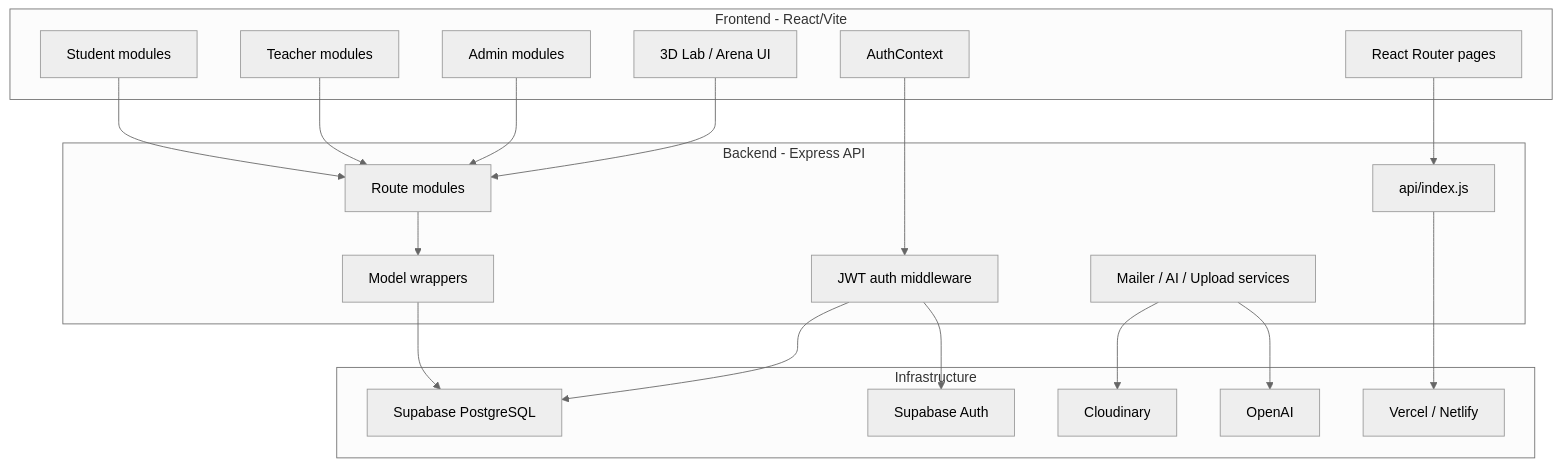
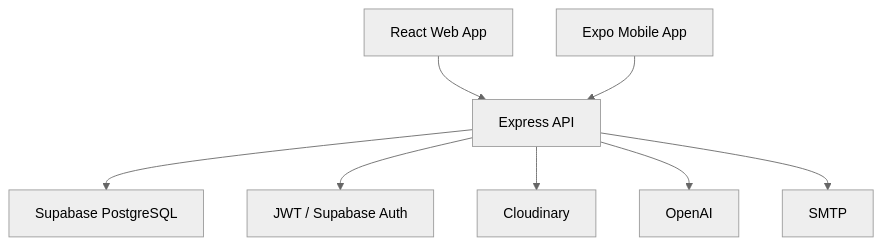
The diagram in README.md (rwegww/AURUM), drawn with Mermaid (neutral theme) before and after one commit. The commit also changed other lines of this file and 260 other files, not shown here.

Commit message:
refactor: chuẩn hóa tên schema nghiệp vụ

````diff
--- a/README.md
+++ b/README.md
@@ -38,41 +43,10 @@
 ```mermaid
 graph TB
-  subgraph Client["Frontend - React/Vite"]
-    A["React Router pages"]
-    B["AuthContext"]
-    C["Student modules"]
-    D["Teacher modules"]
-    E["Admin modules"]
-    F["3D Lab / Arena UI"]
-  end
-
-  subgraph Api["Backend - Express API"]
-    G["api/index.js"]
-    H["JWT auth middleware"]
-    I["Route modules"]
-    J["Model wrappers"]
-    K["Mailer / AI / Upload services"]
-  end
-
-  subgraph Data["Infrastructure"]
-    L["Supabase PostgreSQL"]
-    M["Supabase Auth"]
-    N["Cloudinary"]
-    O["OpenAI"]
-    P["Vercel / Netlify"]
-  end
-
-  A --> G
-  B --> H
-  C --> I
-  D --> I
-  E --> I
-  F --> I
-  I --> J
-  J --> L
-  H --> L
-  H --> M
-  K --> N
-  K --> O
-  G --> P
+  Web["React Web App"] --> API["Express API"]
+  Mobile["Expo Mobile App"] --> API
+  API --> DB["Supabase PostgreSQL"]
+  API --> Auth["JWT / Supabase Auth"]
+  API --> Media["Cloudinary"]
+  API --> AI["OpenAI"]
+  API --> Mail["SMTP"]
 ```
````
